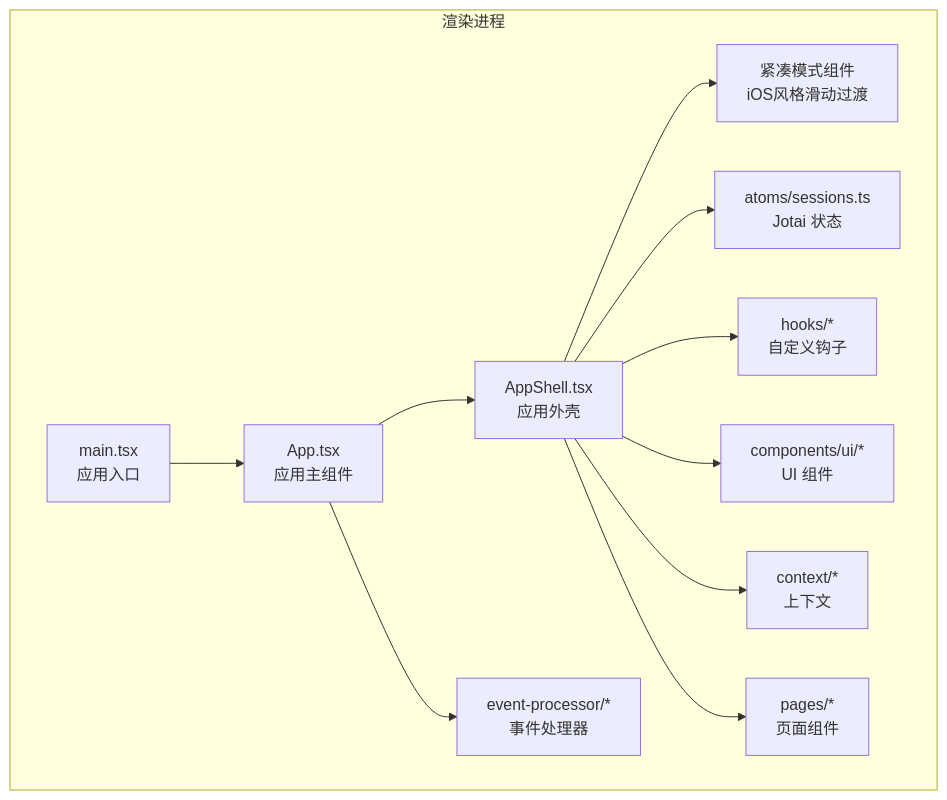
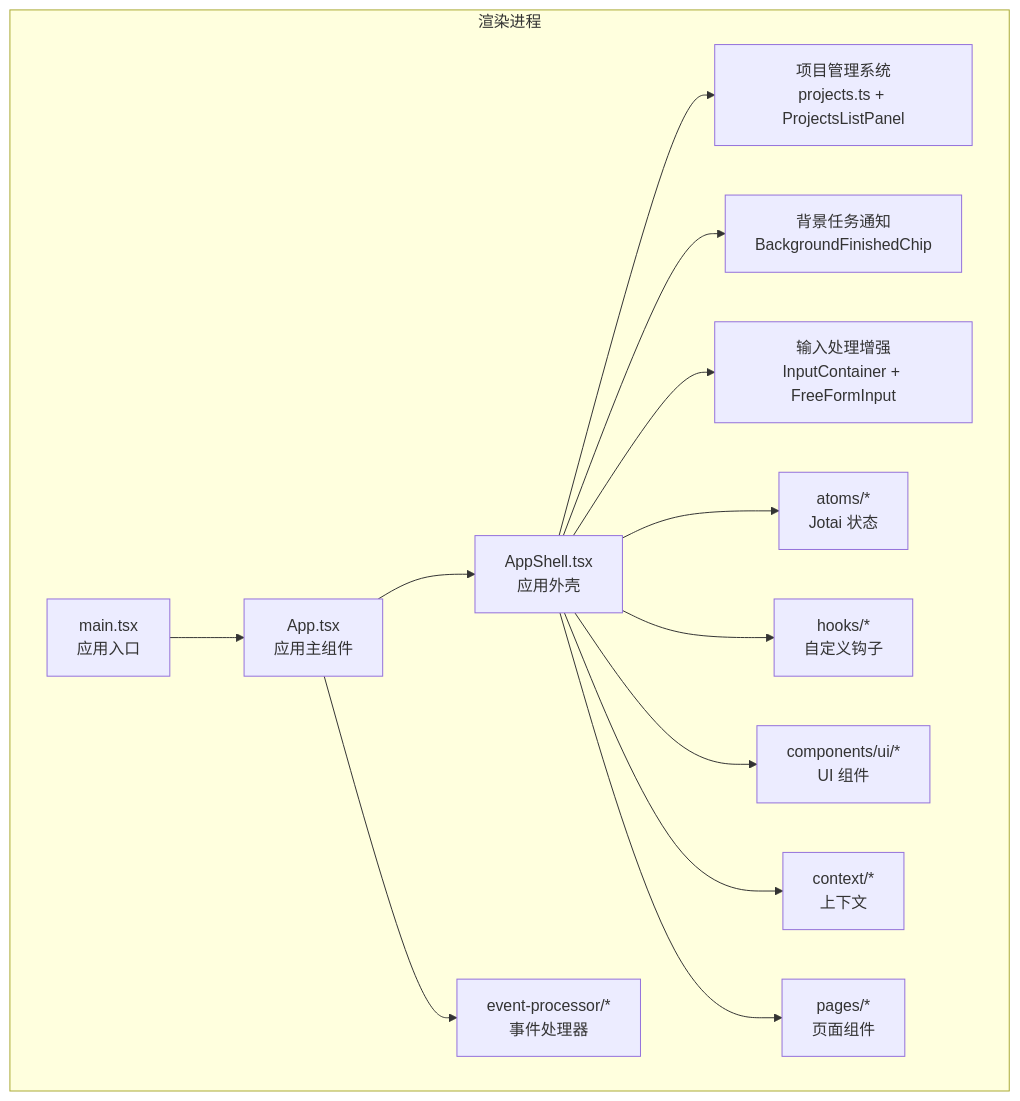
One commit to haolange/craft-agents-oss changed the first of 13 diagrams in .qoder/repowiki/zh/content/桌面应用开发/渲染进程开发/渲染进程开发.md. Above: the diagram before and after it, drawn with Mermaid. The commit also changed other lines of this file and 8 other files, not shown here.

````diff
--- a/.qoder/repowiki/zh/content/桌面应用开发/渲染进程开发/渲染进程开发.md
+++ b/.qoder/repowiki/zh/content/桌面应用开发/渲染进程开发/渲染进程开发.md
@@ -69,24 +81,28 @@
 ```mermaid
 graph TB
 subgraph "渲染进程"
 Main["main.tsx<br/>应用入口"]
 App["App.tsx<br/>应用主组件"]
 Shell["AppShell.tsx<br/>应用外壳"]
-Compact["紧凑模式组件<br/>iOS风格滑动过渡"]
-Atoms["atoms/sessions.ts<br/>Jotai 状态"]
+Projects["项目管理系统<br/>projects.ts + ProjectsListPanel"]
+Background["背景任务通知<br/>BackgroundFinishedChip"]
+Input["输入处理增强<br/>InputContainer + FreeFormInput"]
+Atoms["atoms/*<br/>Jotai 状态"]
 Hooks["hooks/*<br/>自定义钩子"]
 UI["components/ui/*<br/>UI 组件"]
 Ctx["context/*<br/>上下文"]
 EP["event-processor/*<br/>事件处理器"]
 Pages["pages/*<br/>页面组件"]
 end
 Main --> App
 App --> Shell
-Shell --> Compact
+Shell --> Projects
+Shell --> Background
+Shell --> Input
 Shell --> Atoms
 Shell --> Hooks
 Shell --> UI
 Shell --> Ctx
 App --> EP
 Shell --> Pages
 ```
````
